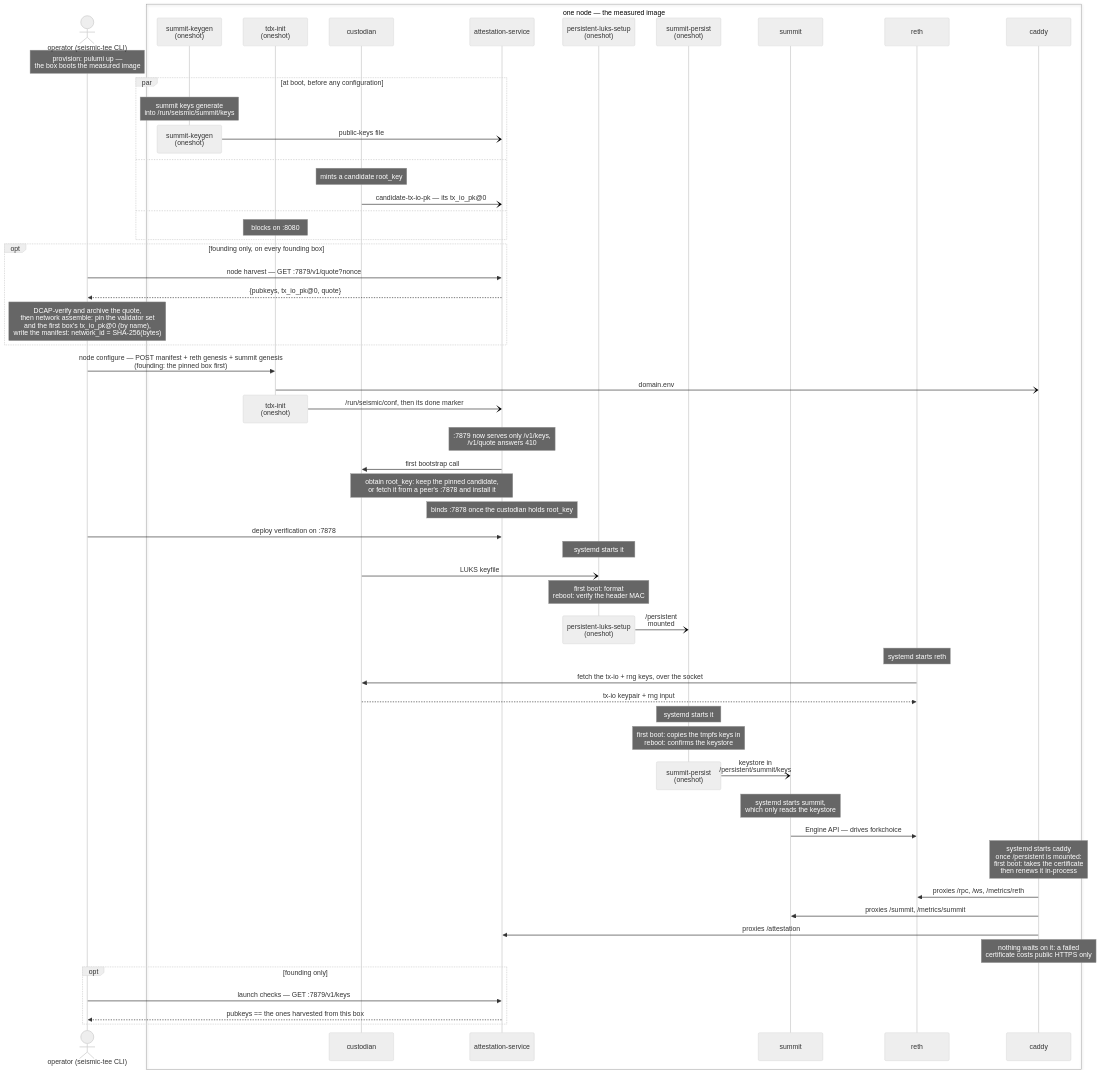
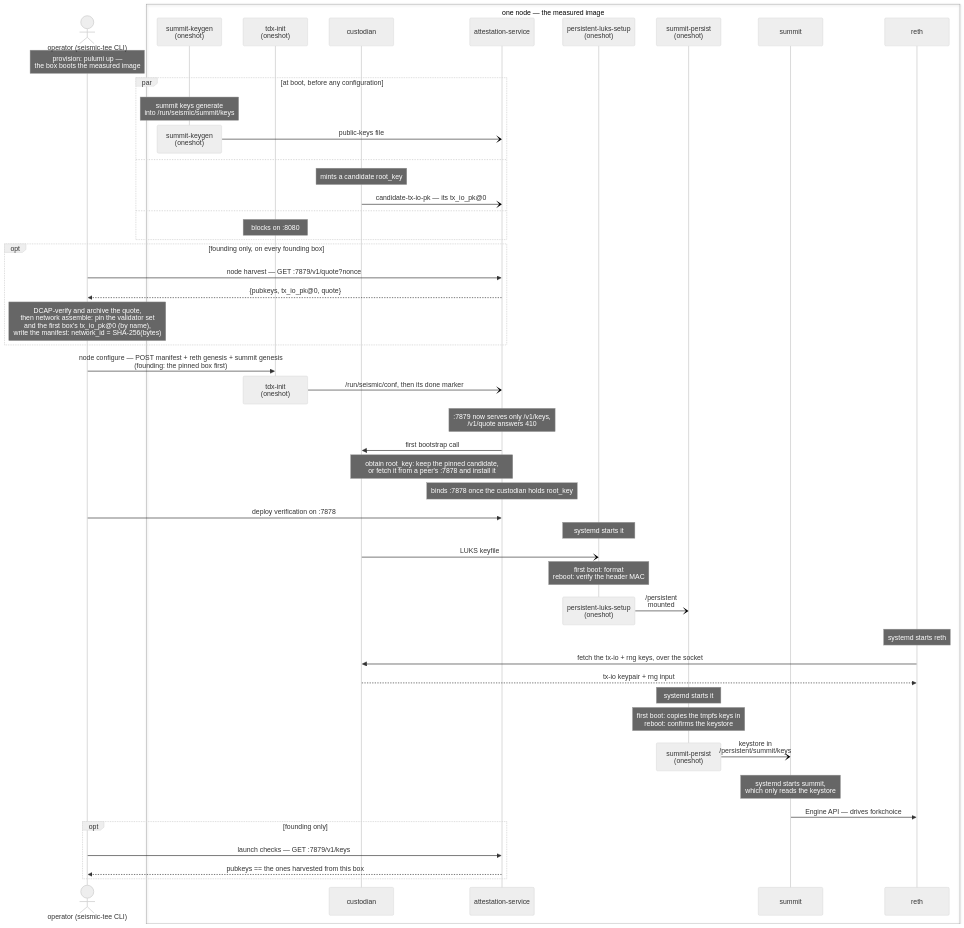
Before and after one commit to SeismicSystems/seismic: the diagram in docs/tee/node.md, drawn with Mermaid (neutral theme). The commit also changed other lines of this file and 16 other files, not shown here.

````diff
--- a/docs/tee/node.md
+++ b/docs/tee/node.md
@@ -108,67 +110,60 @@
 ```mermaid
 sequenceDiagram
     actor O as operator (seismic-tee CLI)
     box one node — the measured image
         participant KG as summit-keygen<br/>(oneshot)
         participant TI as tdx-init<br/>(oneshot)
         participant CU as custodian
         participant AS as attestation-service
         participant LK as persistent-luks-setup<br/>(oneshot)
         participant SP as summit-persist<br/>(oneshot)
         participant SU as summit
         participant RE as reth
-        participant CA as caddy
     end
 
     Note over O: provision: pulumi up —<br/>the box boots the measured image
     par at boot, before any configuration
         Note over KG: summit keys generate<br/>into /run/seismic/summit/keys
         destroy KG
         KG-)AS: public-keys file
     and
         Note over CU: mints a candidate root_key
         CU-)AS: candidate-tx-io-pk — its tx_io_pk@0
     and
         Note over TI: blocks on :8080
     end
 
     opt founding only, on every founding box
         O->>AS: node harvest — GET :7879/v1/quote?nonce
         AS-->>O: {pubkeys, tx_io_pk@0, quote}
         Note over O: DCAP-verify and archive the quote,<br/>then network assemble: pin the validator set<br/>and the first box's tx_io_pk@0 (by name),<br/>write the manifest: network_id = SHA-256(bytes)
     end
 
     O->>TI: node configure — POST manifest + reth genesis + summit genesis<br/>(founding: the pinned box first)
-    TI-)CA: domain.env
     destroy TI
     TI-)AS: /run/seismic/conf, then its done marker
     Note over AS: :7879 now serves only /v1/keys,<br/>/v1/quote answers 410
     AS->>CU: first bootstrap call
     Note over CU,AS: obtain root_key: keep the pinned candidate,<br/>or fetch it from a peer's :7878 and install it
     Note over AS: binds :7878 once the custodian holds root_key
     O->>AS: deploy verification on :7878
     Note over LK: systemd starts it
     CU-)LK: LUKS keyfile
     Note over LK: first boot: format<br/>reboot: verify the header MAC
     destroy LK
     LK-)SP: /persistent<br/>mounted
     Note over RE: systemd starts reth
     RE->>CU: fetch the tx-io + rng keys, over the socket
     CU-->>RE: tx-io keypair + rng input
     Note over SP: systemd starts it
     Note over SP: first boot: copies the tmpfs keys in<br/>reboot: confirms the keystore
     destroy SP
     SP-)SU: keystore in<br/>/persistent/summit/keys
     Note over SU: systemd starts summit,<br/>which only reads the keystore
     SU->>RE: Engine API — drives forkchoice
-    Note over CA: systemd starts caddy<br/>once /persistent is mounted:<br/>first boot: takes the certificate<br/>then renews it in-process
-    CA->>RE: proxies /rpc, /ws, /metrics/reth
-    CA->>SU: proxies /summit, /metrics/summit
-    CA->>AS: proxies /attestation
-    Note over CA: nothing waits on it: a failed<br/>certificate costs public HTTPS only
 
     opt founding only
         O->>AS: launch checks — GET :7879/v1/keys
         AS-->>O: pubkeys == the ones harvested from this box
     end
 ```
````
